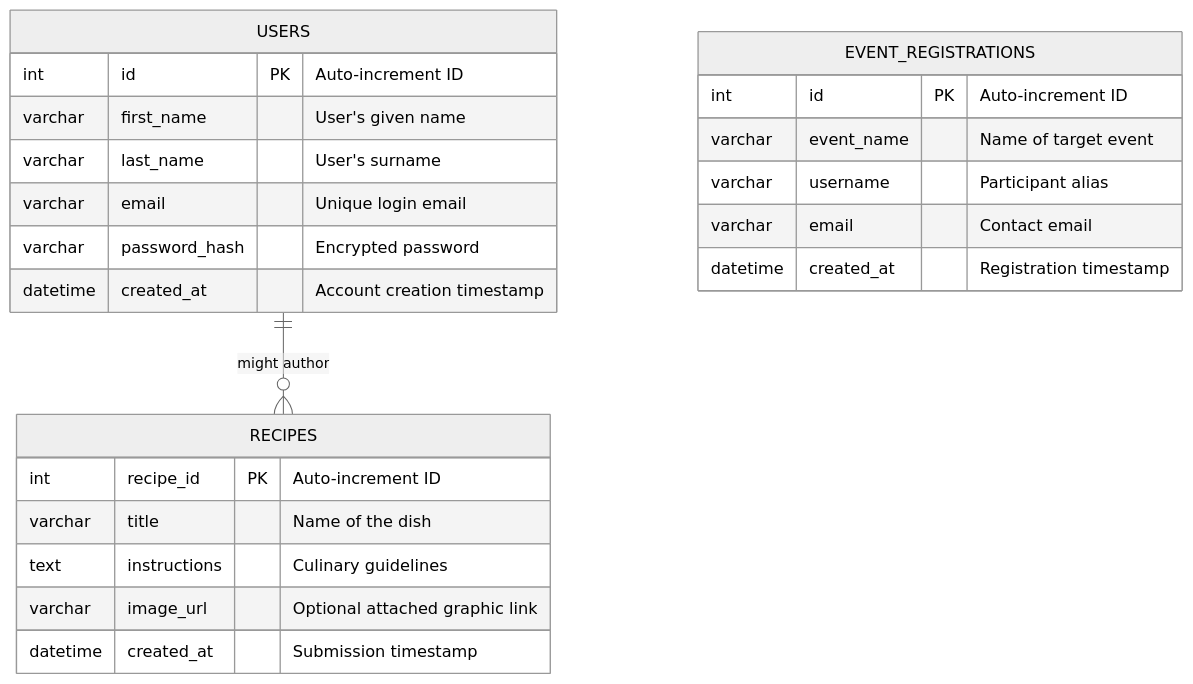
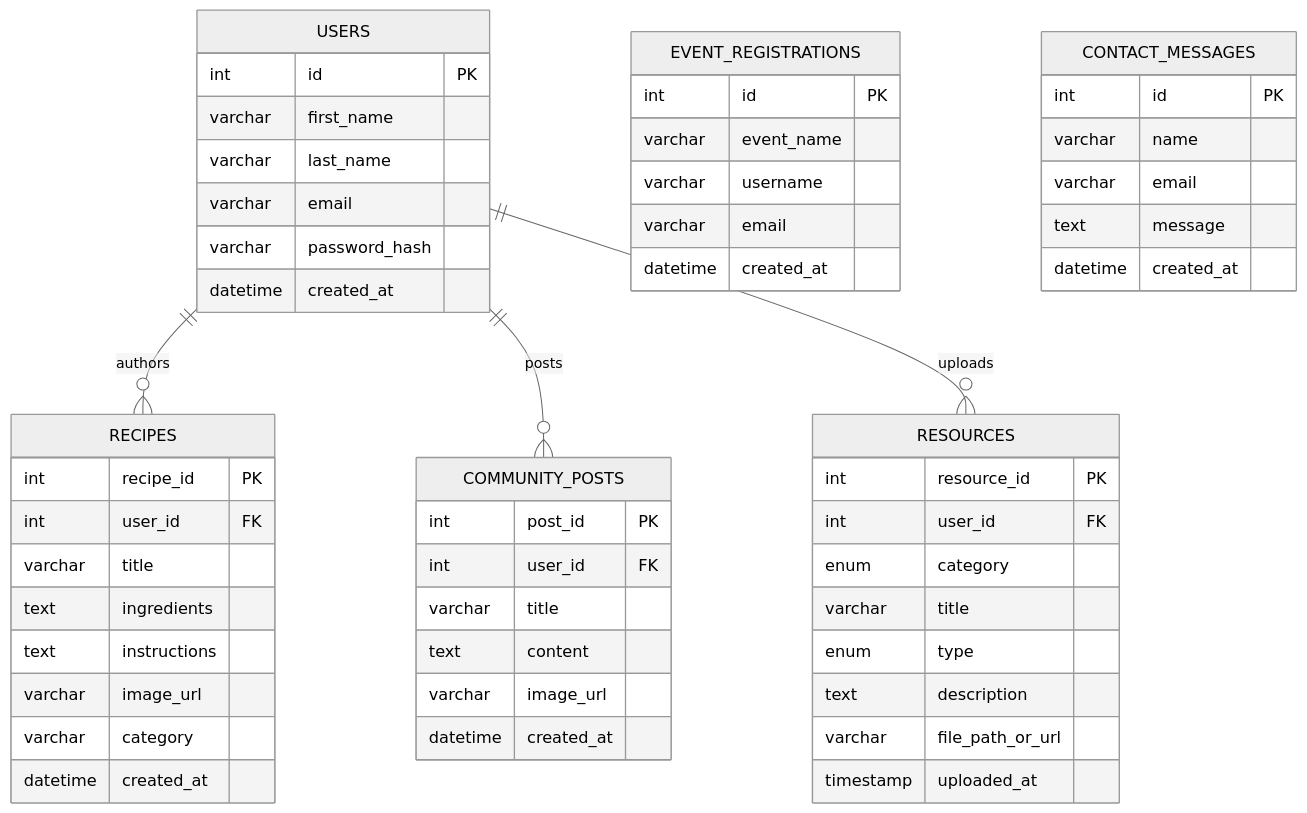
Before and after one commit to UdayVachasiddha/Food-Fusion: the diagram in Task5_Reflection.md, drawn with Mermaid (neutral theme). The commit also changed other lines of this file and 1 other file, not shown here.

````diff
--- a/Task5_Reflection.md
+++ b/Task5_Reflection.md
@@ -19,28 +31,62 @@
 ```mermaid
 erDiagram
-    USERS ||--o{ RECIPES : "might author"
+    USERS ||--o{ RECIPES : "authors"
+    USERS ||--o{ COMMUNITY_POSTS : "posts"
+    USERS ||--o{ RESOURCES : "uploads"
+
     USERS {
-        int id PK "Auto-increment ID"
-        varchar first_name "User's given name"
-        varchar last_name "User's surname"
-        varchar email "Unique login email"
-        varchar password_hash "Encrypted password"
-        datetime created_at "Account creation timestamp"
+        int id PK
+        varchar first_name
+        varchar last_name
+        varchar email
+        varchar password_hash
+        datetime created_at
     }
 
     RECIPES {
-        int recipe_id PK "Auto-increment ID"
-        varchar title "Name of the dish"
-        text instructions "Culinary guidelines"
-        varchar image_url "Optional attached graphic link"
-        datetime created_at "Submission timestamp"
+        int recipe_id PK
+        int user_id FK
+        varchar title
+        text ingredients
+        text instructions
+        varchar image_url
+        varchar category
+        datetime created_at
+    }
+
+    COMMUNITY_POSTS {
+        int post_id PK
+        int user_id FK
+        varchar title
+        text content
+        varchar image_url
+        datetime created_at
+    }
+
+    RESOURCES {
+        int resource_id PK
+        int user_id FK
+        enum category
+        varchar title
+        enum type
+        text description
+        varchar file_path_or_url
+        timestamp uploaded_at
     }
 
     EVENT_REGISTRATIONS {
-        int id PK "Auto-increment ID"
-        varchar event_name "Name of target event"
-        varchar username "Participant alias"
-        varchar email "Contact email"
-        datetime created_at "Registration timestamp"
+        int id PK
+        varchar event_name
+        varchar username
+        varchar email
+        datetime created_at
+    }
+
+    CONTACT_MESSAGES {
+        int id PK
+        varchar name
+        varchar email
+        text message
+        datetime created_at
     }
 ```
````
